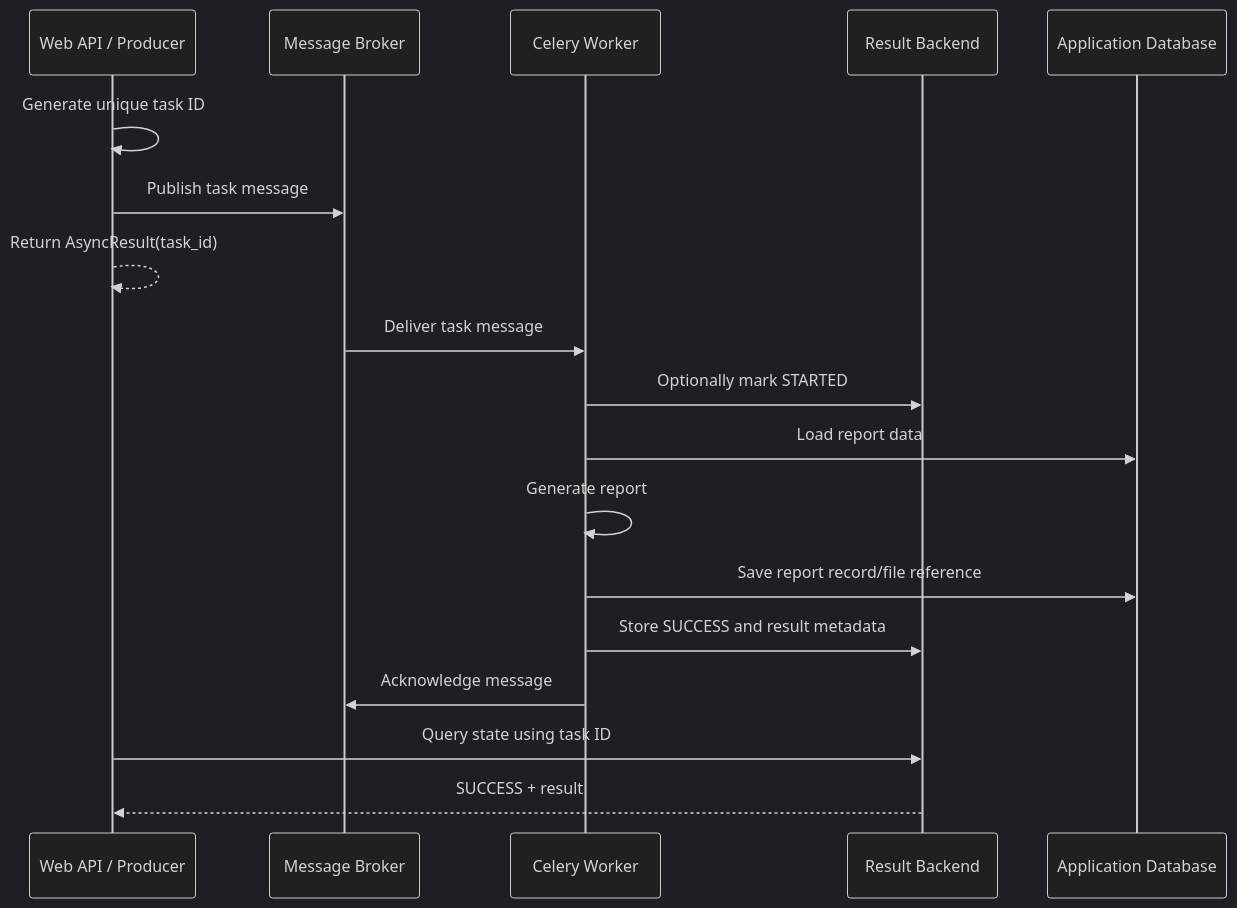
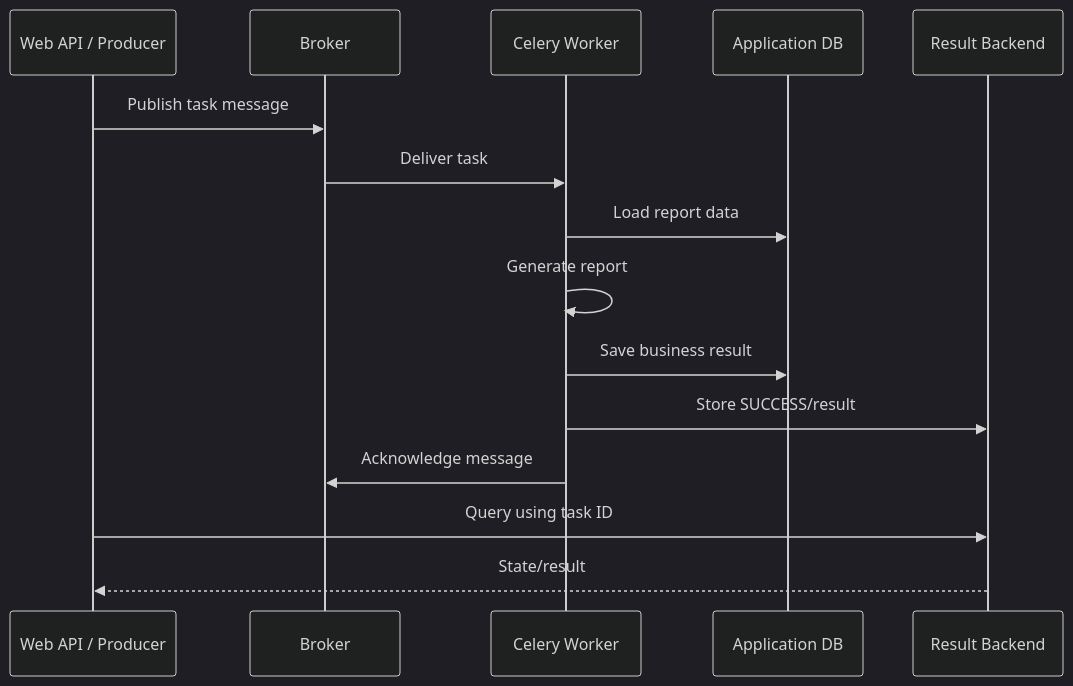
One commit to AvadhBhalodiya/Interview-Preparation changed the second of 4 diagrams in src/content/task-processing/celery-architecture.md. Above: the diagram before and after it, drawn with Mermaid (dark theme). The commit also changed other lines of this file and 80 other files, not shown here.

````diff
--- a/src/content/task-processing/celery-architecture.md
+++ b/src/content/task-processing/celery-architecture.md
@@ -350,21 +302,18 @@
 ```mermaid
 sequenceDiagram
     participant API as Web API / Producer
-    participant Broker as Message Broker
+    participant Broker as Broker
     participant Worker as Celery Worker
+    participant DB as Application DB
     participant Backend as Result Backend
-    participant DB as Application Database
 
-    API->>API: Generate unique task ID
     API->>Broker: Publish task message
-    API-->>API: Return AsyncResult(task_id)
-    Broker->>Worker: Deliver task message
-    Worker->>Backend: Optionally mark STARTED
+    Broker->>Worker: Deliver task
     Worker->>DB: Load report data
     Worker->>Worker: Generate report
-    Worker->>DB: Save report record/file reference
-    Worker->>Backend: Store SUCCESS and result metadata
+    Worker->>DB: Save business result
+    Worker->>Backend: Store SUCCESS/result
     Worker->>Broker: Acknowledge message
-    API->>Backend: Query state using task ID
-    Backend-->>API: SUCCESS + result
+    API->>Backend: Query using task ID
+    Backend-->>API: State/result
 ```
````
